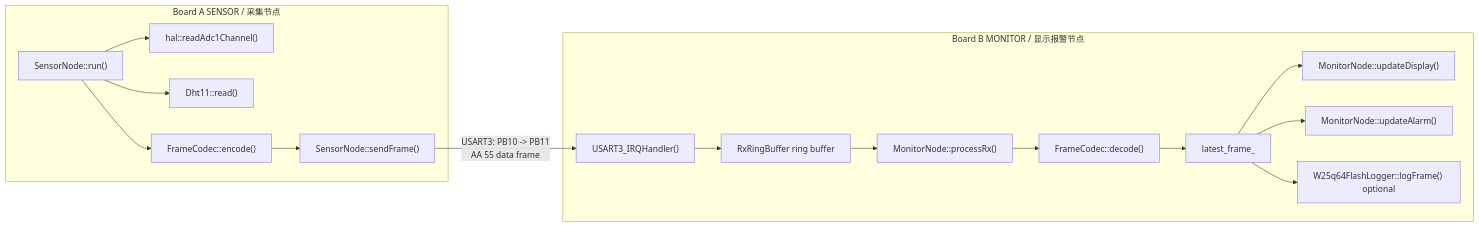
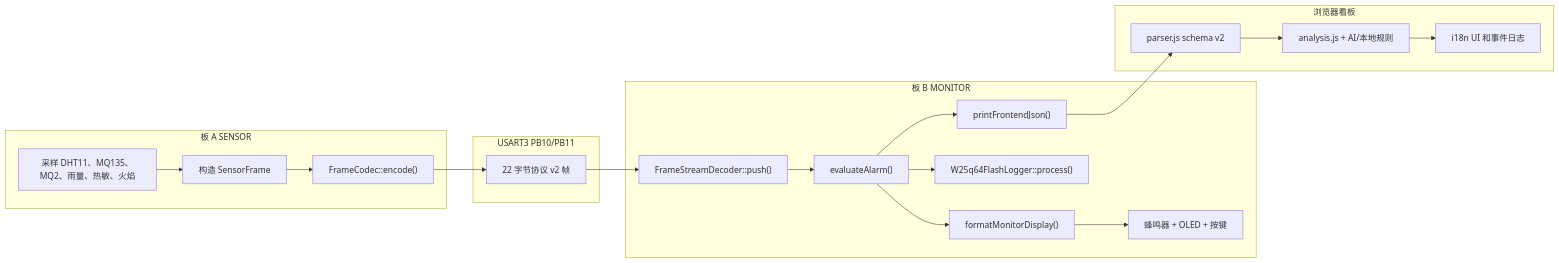
The first of 2 diagrams in docs/FUNCTION_DESIGN_WALKTHROUGH.zh-CN.md (Cusnd/dual-stm32-safety-monitor), drawn with Mermaid before and after one commit. The commit also changed other lines of this file and 63 other files, not shown here.

Commit message:
Update backend architecture docs and firmware modules

````diff
--- a/docs/FUNCTION_DESIGN_WALKTHROUGH.zh-CN.md
+++ b/docs/FUNCTION_DESIGN_WALKTHROUGH.zh-CN.md
@@ -18,21 +9,32 @@
 ```mermaid
 flowchart LR
-  subgraph "Board A SENSOR / 采集节点"
-    A1["SensorNode::run()"] --> A2["hal::readAdc1Channel()"]
-    A1 --> A3["Dht11::read()"]
-    A1 --> A4["FrameCodec::encode()"]
-    A4 --> A5["SensorNode::sendFrame()"]
+  subgraph A["板 A SENSOR"]
+    S1["采样 DHT11、MQ135、MQ2、雨量、热敏、火焰"]
+    S2["构造 SensorFrame"]
+    S3["FrameCodec::encode()"]
   end
 
-  A5 -- "USART3: PB10 -> PB11\nAA 55 data frame" --> B1
+  subgraph Link["USART3 PB10/PB11"]
+    L1["22 字节协议 v2 帧"]
+  end
 
-  subgraph "Board B MONITOR / 显示报警节点"
-    B1["USART3_IRQHandler()"] --> B2["RxRingBuffer ring buffer"]
-    B2 --> B3["MonitorNode::processRx()"]
-    B3 --> B4["FrameCodec::decode()"]
-    B4 --> B5["latest_frame_"]
-    B5 --> B6["MonitorNode::updateDisplay()"]
-    B5 --> B7["MonitorNode::updateAlarm()"]
-    B5 --> B8["W25q64FlashLogger::logFrame() optional"]
+  subgraph B["板 B MONITOR"]
+    M1["FrameStreamDecoder::push()"]
+    M2["evaluateAlarm()"]
+    M3["formatMonitorDisplay()"]
+    M4["蜂鸣器 + OLED + 按键"]
+    M5["W25q64FlashLogger::process()"]
+    M6["printFrontendJson()"]
   end
+
+  subgraph Web["浏览器看板"]
+    W1["parser.js schema v2"]
+    W2["analysis.js + AI/本地规则"]
+    W3["i18n UI 和事件日志"]
+  end
+
+  S1 --> S2 --> S3 --> L1 --> M1 --> M2
+  M2 --> M3 --> M4
+  M2 --> M5
+  M2 --> M6 --> W1 --> W2 --> W3
 ```
````
